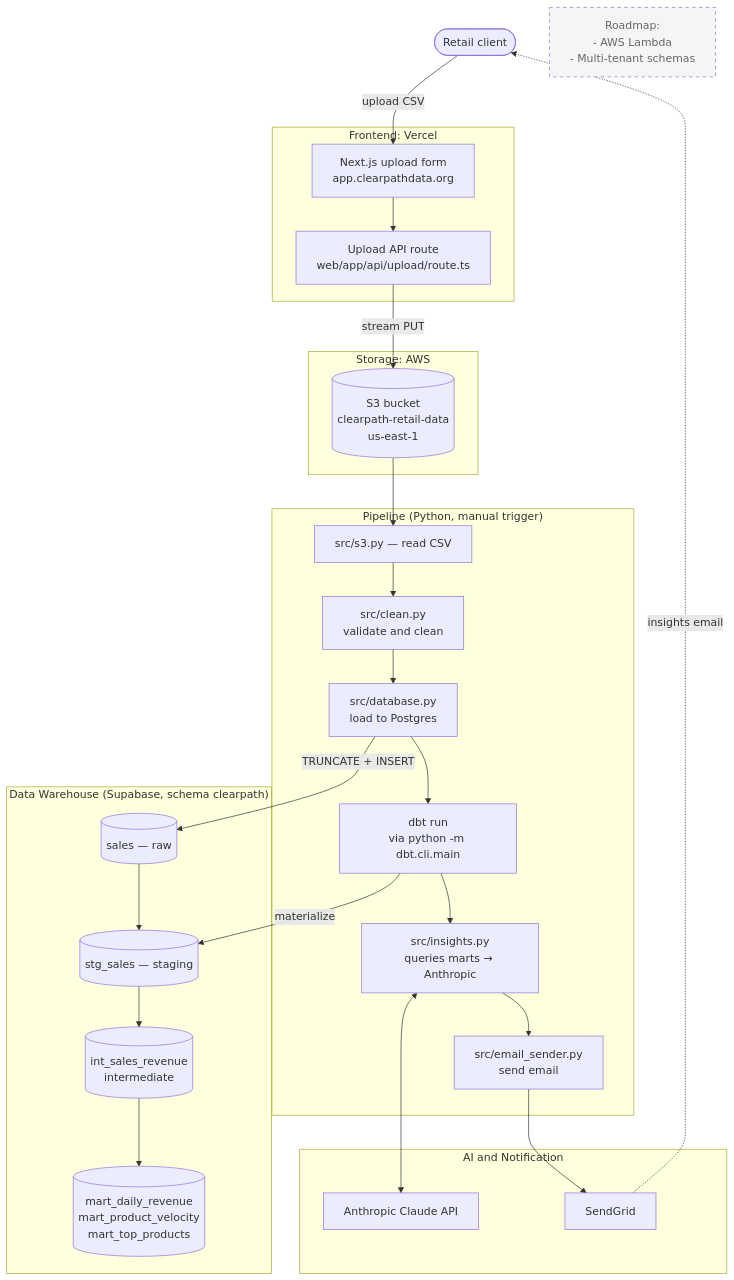
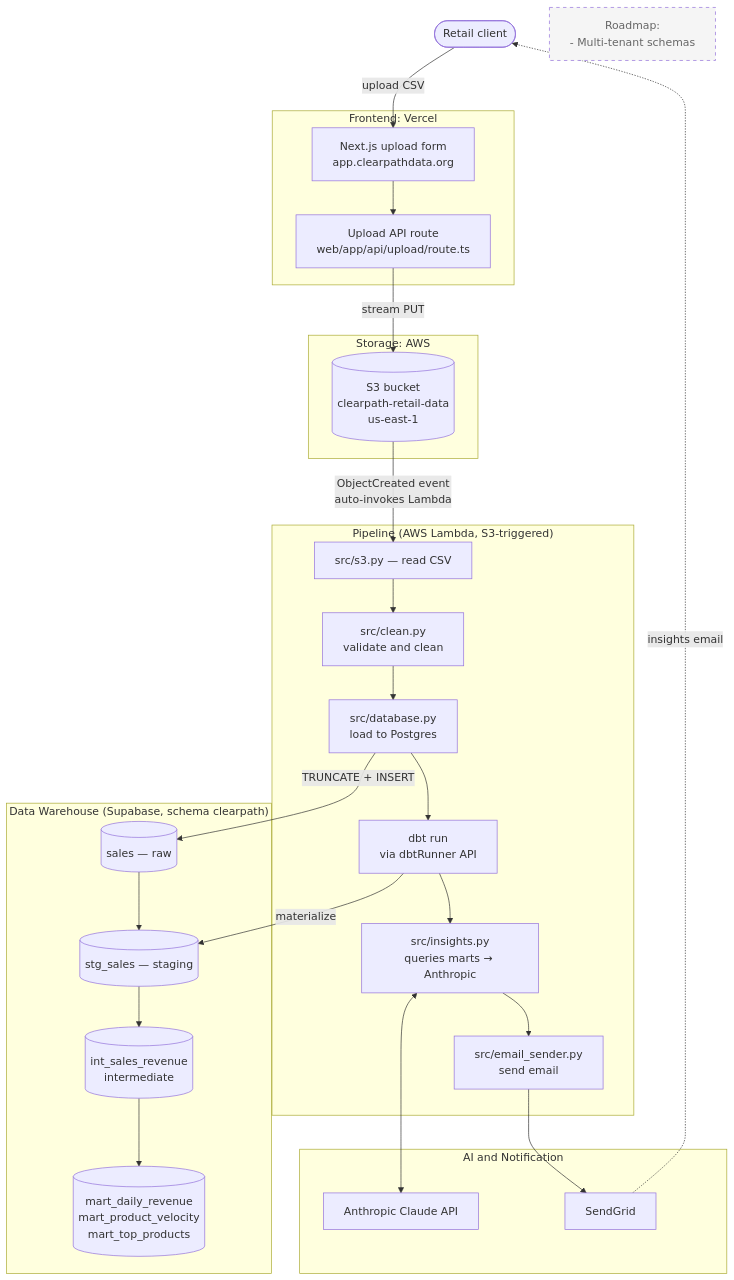
One commit to mccastanedap/clearpath changed the diagram in README.md. Above: the diagram before and after it, drawn with Mermaid. The commit also changed other lines of this file and 1 other file, not shown here.

First line of the commit message:
Document production Lambda deployment; drop SendGrid debug prints

````diff
--- a/README.md
+++ b/README.md
@@ -10,50 +10,50 @@
 ```mermaid
 flowchart TD
     Client(["Retail client"])
 
     subgraph FE["Frontend: Vercel"]
         UI["Next.js upload form<br/>app.clearpathdata.org"]
         API["Upload API route<br/>web/app/api/upload/route.ts"]
         UI --> API
     end
 
     subgraph AWS["Storage: AWS"]
         S3[("S3 bucket<br/>clearpath-retail-data<br/>us-east-1")]
     end
 
-    subgraph PIPE["Pipeline (Python, manual trigger)"]
+    subgraph PIPE["Pipeline (AWS Lambda, S3-triggered)"]
         S3R["src/s3.py — read CSV"]
         CL["src/clean.py<br/>validate and clean"]
         DB["src/database.py<br/>load to Postgres"]
-        DBT["dbt run<br/>via python -m dbt.cli.main"]
+        DBT["dbt run<br/>via dbtRunner API"]
         IN["src/insights.py<br/>queries marts → Anthropic"]
         EM["src/email_sender.py<br/>send email"]
         S3R --> CL --> DB --> DBT --> IN --> EM
     end
 
     subgraph DW["Data Warehouse (Supabase, schema clearpath)"]
         RAW[("sales — raw")]
         STG[("stg_sales — staging")]
         INT[("int_sales_revenue<br/>intermediate")]
         MRT[("mart_daily_revenue<br/>mart_product_velocity<br/>mart_top_products")]
         RAW --> STG --> INT --> MRT
     end
 
     subgraph EXT["AI and Notification"]
         ANT["Anthropic Claude API"]
         SG["SendGrid"]
     end
 
     Client -- "upload CSV" --> UI
     API -- "stream PUT" --> S3
-    S3 --> S3R
+    S3 -- "ObjectCreated event<br/>auto-invokes Lambda" --> S3R
     DB -- "TRUNCATE + INSERT" --> RAW
     DBT -- "materialize" --> STG
     IN <--> ANT
     EM --> SG
     SG -. "insights email" .-> Client
 
-    ROADMAP["Roadmap:<br/>- AWS Lambda<br/>- Multi-tenant schemas"]:::roadmap
+    ROADMAP["Roadmap:<br/>- Multi-tenant schemas"]:::roadmap
 
     classDef roadmap stroke-dasharray: 5 5,fill:#f5f5f5,color:#666
 ```
````
